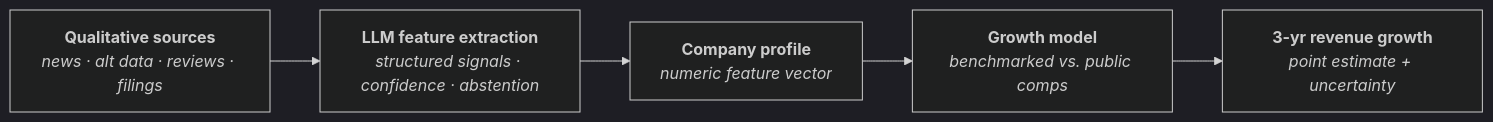
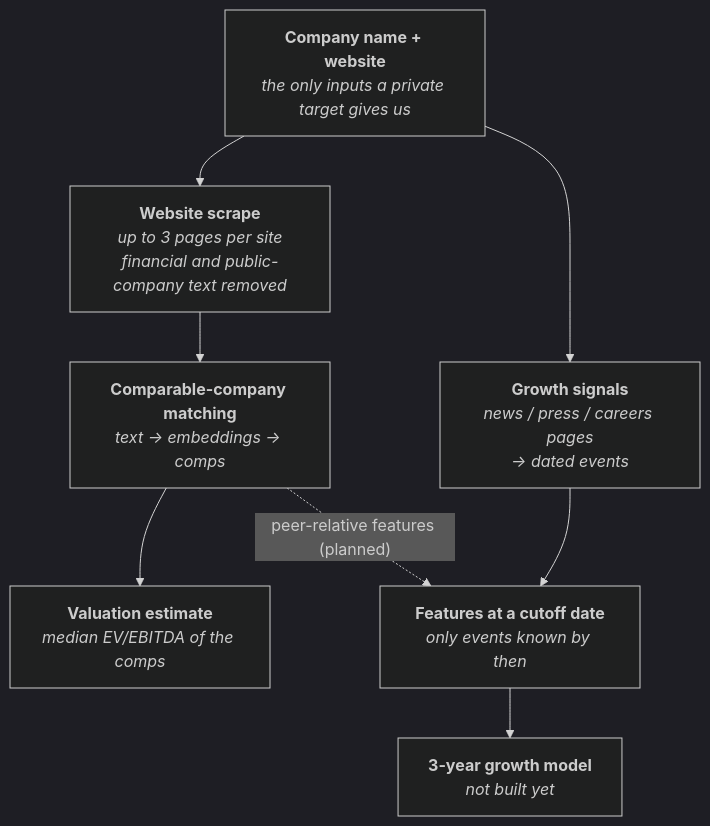
Before and after one commit to Qual2Cast/Qual2Cast: the diagram in README.md, drawn with Mermaid (dark theme). The commit also changed other lines of this file and 1 other file, not shown here.

````diff
--- a/README.md
+++ b/README.md
@@ -27,9 +31,13 @@
 ```mermaid
-flowchart LR
-    A["<b>Qualitative sources</b><br/><i>news · alt data · reviews · filings</i>"]
-    B["<b>LLM feature extraction</b><br/><i>structured signals · confidence · abstention</i>"]
-    C["<b>Company profile</b><br/><i>numeric feature vector</i>"]
-    D["<b>Growth model</b><br/><i>benchmarked vs. public comps</i>"]
-    E["<b>3-yr revenue growth</b><br/><i>point estimate + uncertainty</i>"]
-    A --> B --> C --> D --> E
+flowchart TD
+    A["<b>Company name + website</b><br/><i>the only inputs a private target gives us</i>"]
+    B["<b>Website scrape</b><br/><i>up to 3 pages per site<br/>financial and public-company text removed</i>"]
+    C["<b>Comparable-company matching</b><br/><i>text → embeddings → comps</i>"]
+    D["<b>Valuation estimate</b><br/><i>median EV/EBITDA of the comps</i>"]
+    E["<b>Growth signals</b><br/><i>news / press / careers pages<br/>→ dated events</i>"]
+    F["<b>Features at a cutoff date</b><br/><i>only events known by then</i>"]
+    G["<b>3-year growth model</b><br/><i>not built yet</i>"]
+    A --> B --> C --> D
+    A --> E --> F --> G
+    C -. "peer-relative features (planned)" .-> F
 ```
````
